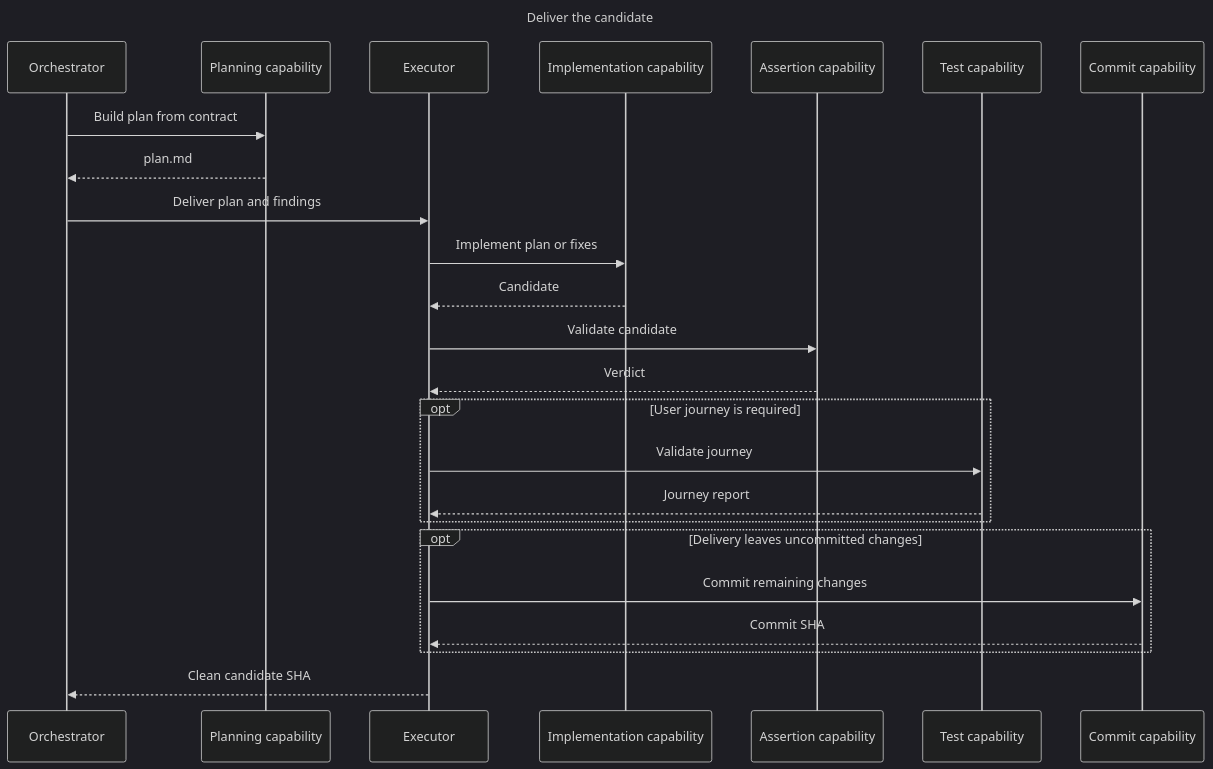
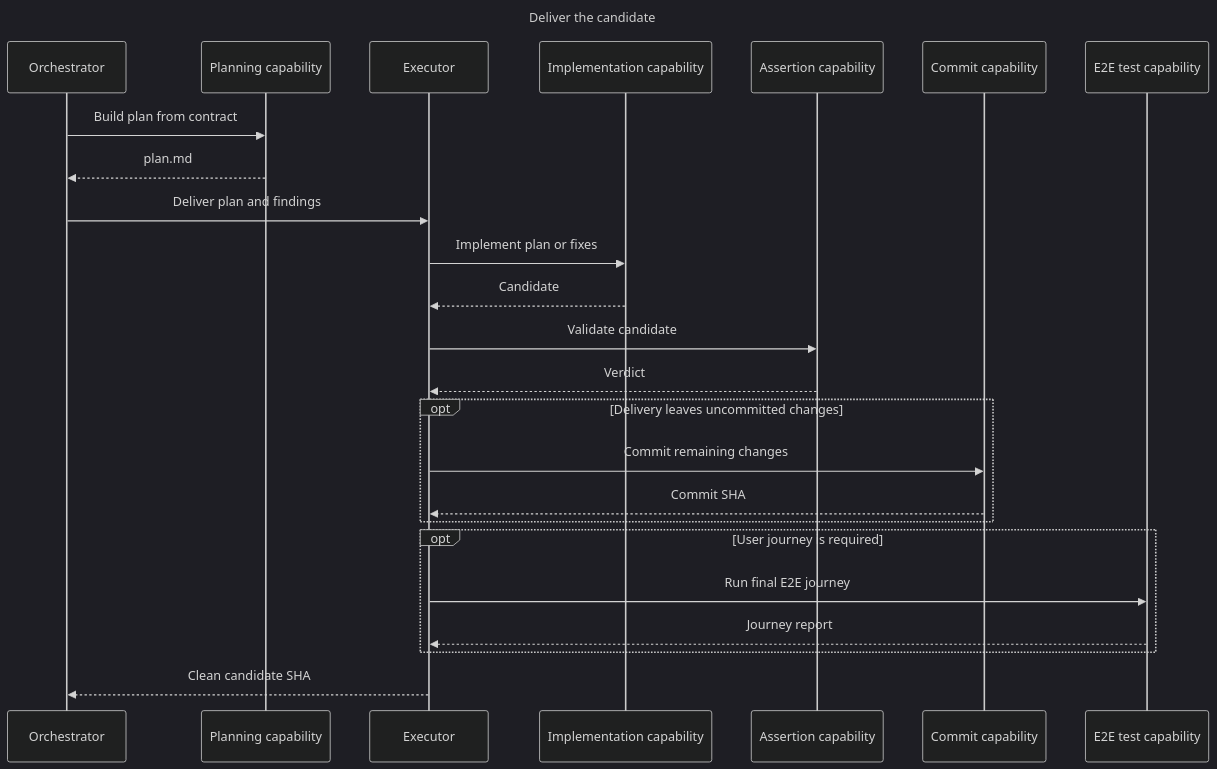
One commit to ai-driven-dev/aidd-framework changed the diagram in plugins/aidd-orchestrator/skills/01-sdlc/references/02-deliver.md. Above: the diagram before and after it, drawn with Mermaid (dark theme). The commit also changed other lines of this file and 2 other files, not shown here.

Commit message:
refactor(orchestrator): parallelize review fixes

````diff
--- a/plugins/aidd-orchestrator/skills/01-sdlc/references/02-deliver.md
+++ b/plugins/aidd-orchestrator/skills/01-sdlc/references/02-deliver.md
@@ -5,30 +5,30 @@
 ```mermaid
 ---
 title: Deliver the candidate
 ---
 sequenceDiagram
   participant Orchestrator
   participant Plan as Planning capability
   participant Executor
   participant Implement as Implementation capability
   participant Assert as Assertion capability
-  participant Test as Test capability
   participant Commit as Commit capability
+  participant Test as E2E test capability
 
   Orchestrator->>Plan: Build plan from contract
   Plan-->>Orchestrator: plan.md
   Orchestrator->>Executor: Deliver plan and findings
   Executor->>Implement: Implement plan or fixes
   Implement-->>Executor: Candidate
   Executor->>Assert: Validate candidate
   Assert-->>Executor: Verdict
-  opt User journey is required
-    Executor->>Test: Validate journey
-    Test-->>Executor: Journey report
-  end
   opt Delivery leaves uncommitted changes
     Executor->>Commit: Commit remaining changes
     Commit-->>Executor: Commit SHA
   end
+  opt User journey is required
+    Executor->>Test: Run final E2E journey
+    Test-->>Executor: Journey report
+  end
   Executor-->>Orchestrator: Clean candidate SHA
 ```
````
